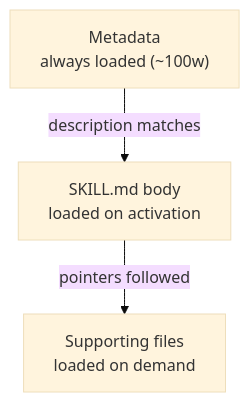
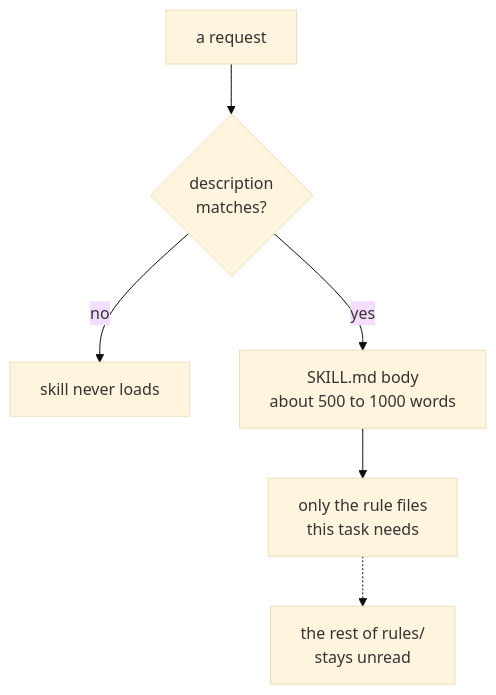
The diagram in docs/docs/how-it-works.mdx (opsmill/infrahub-skills), drawn with Mermaid (base theme) before and after one commit. The commit also changed other lines of this file and 1 other file, not shown here.

Commit message:
docs: drop one redundant diagram and make the loading one show the gate

````diff
--- a/docs/docs/how-it-works.mdx
+++ b/docs/docs/how-it-works.mdx
@@ -15,12 +15,12 @@
 ```mermaid
 flowchart TB
-  meta["Metadata
-always loaded (~100w)"]
-  body["SKILL.md body
-loaded on activation"]
-  files["Supporting files
-loaded on demand"]
-
-  meta -->|"description matches"| body
-  body -->|"pointers followed"| files
+  req["a request"] --> match{"description
+matches?"}
+  match -->|"no"| idle["skill never loads"]
+  match -->|"yes"| body["SKILL.md body
+about 500 to 1000 words"]
+  body --> pick["only the rule files
+this task needs"]
+  pick -.-> rest["the rest of rules/
+stays unread"]
 ```
````
